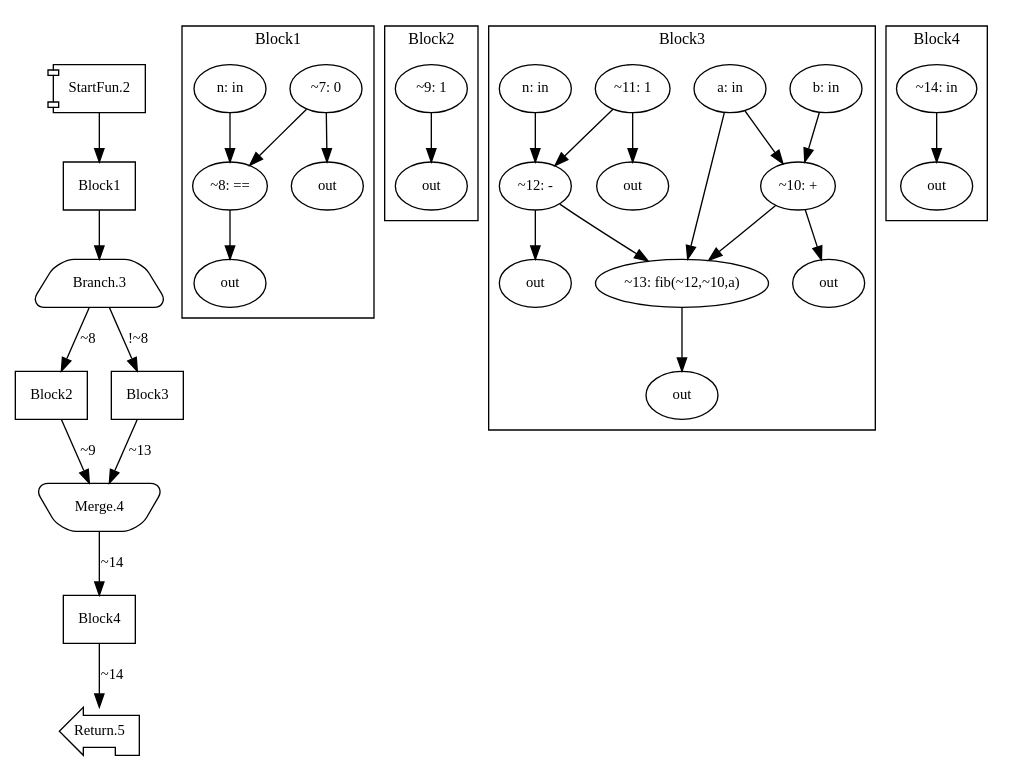
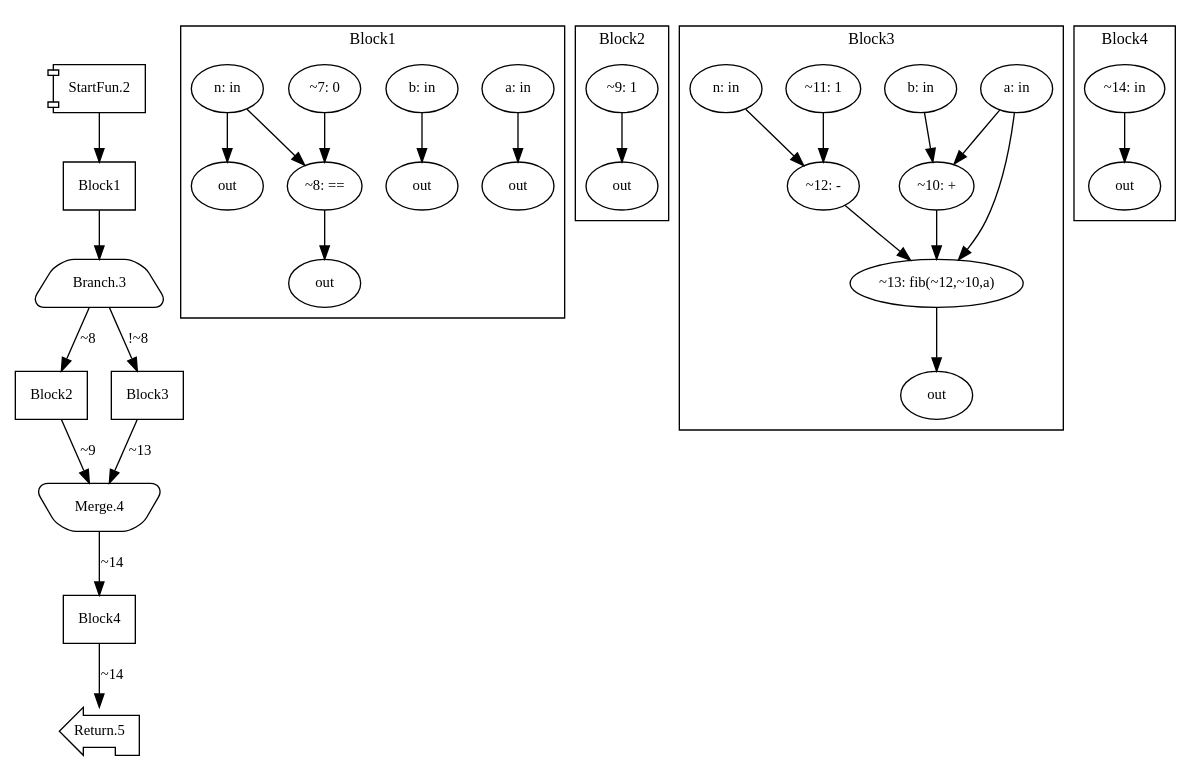
One commit to akouryy/SyntheScala changed the diagram in dist/fib.dot. Above: the diagram before and after it, drawn with Graphviz. The commit also changed 8 other files, not shown here.

```diff
--- a/dist/fib.dot
+++ b/dist/fib.dot
@@ -1,35 +1,35 @@
 digraph Program_ {
 graph [fontname = "Monaco", fontsize = 12, ranksep = 0.5];
 node [shape = box, fontname = "Monaco", fontsize = 11; colorscheme = pastel19];
 edge [fontname = "Monaco", fontsize = 11; colorscheme = pastel19];
 Jump2[label = "StartFun.2"; shape = component];
 Jump2 -> Block1;
 Jump3[
   label = "Branch.3";
   shape = trapezium; style = rounded;
 ];
 Block1 -> Jump3;
 Jump3 -> Block2 [label="~8"];
 Jump3 -> Block3 [label="!~8"];
 Jump4[label = "Merge.4"; shape = invtrapezium; style = rounded];
 Block2 -> Jump4 [label="~9"];Block3 -> Jump4 [label="~13"];
 Jump4 -> Block4 [label="~14"];
 Jump5[label = "Return.5"; shape = lpromoter];
 Block4 -> Jump5 [label="~14"];
 Block1 [label = "Block1"];
 Block2 [label = "Block2"];
 Block3 [label = "Block3"];
 Block4 [label = "Block4"];
 subgraph cluster_dfg_Block1{
 node [shape = oval];
 label = "Block1";
-ndBlock1_0 [label="~7: 0"];ndBlock1_1 [label="out"];ndBlock1_2 [label="n: in"];ndBlock1_3 [label="~8: =="];ndBlock1_4 [label="out"];ndBlock1_0 -> ndBlock1_1; ndBlock1_0 -> ndBlock1_3; ndBlock1_2 -> ndBlock1_3; ndBlock1_3 -> ndBlock1_4; }subgraph cluster_dfg_Block2{
+ndBlock1_0 [label="~8: =="];ndBlock1_1 [label="out"];ndBlock1_2 [label="out"];ndBlock1_3 [label="a: in"];ndBlock1_4 [label="b: in"];ndBlock1_5 [label="~7: 0"];ndBlock1_6 [label="out"];ndBlock1_7 [label="out"];ndBlock1_8 [label="n: in"];ndBlock1_0 -> ndBlock1_1; ndBlock1_3 -> ndBlock1_7; ndBlock1_4 -> ndBlock1_2; ndBlock1_5 -> ndBlock1_0; ndBlock1_8 -> ndBlock1_0; ndBlock1_8 -> ndBlock1_6; }subgraph cluster_dfg_Block2{
 node [shape = oval];
 label = "Block2";
 ndBlock2_0 [label="~9: 1"];ndBlock2_1 [label="out"];ndBlock2_0 -> ndBlock2_1; }subgraph cluster_dfg_Block3{
 node [shape = oval];
 label = "Block3";
-ndBlock3_0 [label="a: in"];ndBlock3_1 [label="b: in"];ndBlock3_2 [label="~10: +"];ndBlock3_3 [label="out"];ndBlock3_4 [label="~11: 1"];ndBlock3_5 [label="out"];ndBlock3_6 [label="n: in"];ndBlock3_7 [label="~12: -"];ndBlock3_8 [label="out"];ndBlock3_9 [label="~13: fib(~12,~10,a)"];ndBlock3_10 [label="out"];ndBlock3_0 -> ndBlock3_2; ndBlock3_0 -> ndBlock3_9; ndBlock3_1 -> ndBlock3_2; ndBlock3_2 -> ndBlock3_3; ndBlock3_2 -> ndBlock3_9; ndBlock3_4 -> ndBlock3_5; ndBlock3_4 -> ndBlock3_7; ndBlock3_6 -> ndBlock3_7; ndBlock3_7 -> ndBlock3_8; ndBlock3_7 -> ndBlock3_9; ndBlock3_9 -> ndBlock3_10; }subgraph cluster_dfg_Block4{
+ndBlock3_0 [label="~12: -"];ndBlock3_1 [label="a: in"];ndBlock3_2 [label="b: in"];ndBlock3_3 [label="out"];ndBlock3_4 [label="~11: 1"];ndBlock3_5 [label="n: in"];ndBlock3_6 [label="~10: +"];ndBlock3_7 [label="~13: fib(~12,~10,a)"];ndBlock3_0 -> ndBlock3_7; ndBlock3_1 -> ndBlock3_6; ndBlock3_1 -> ndBlock3_7; ndBlock3_2 -> ndBlock3_6; ndBlock3_4 -> ndBlock3_0; ndBlock3_5 -> ndBlock3_0; ndBlock3_6 -> ndBlock3_7; ndBlock3_7 -> ndBlock3_3; }subgraph cluster_dfg_Block4{
 node [shape = oval];
 label = "Block4";
 ndBlock4_0 [label="~14: in"];ndBlock4_1 [label="out"];ndBlock4_0 -> ndBlock4_1; }}
```
